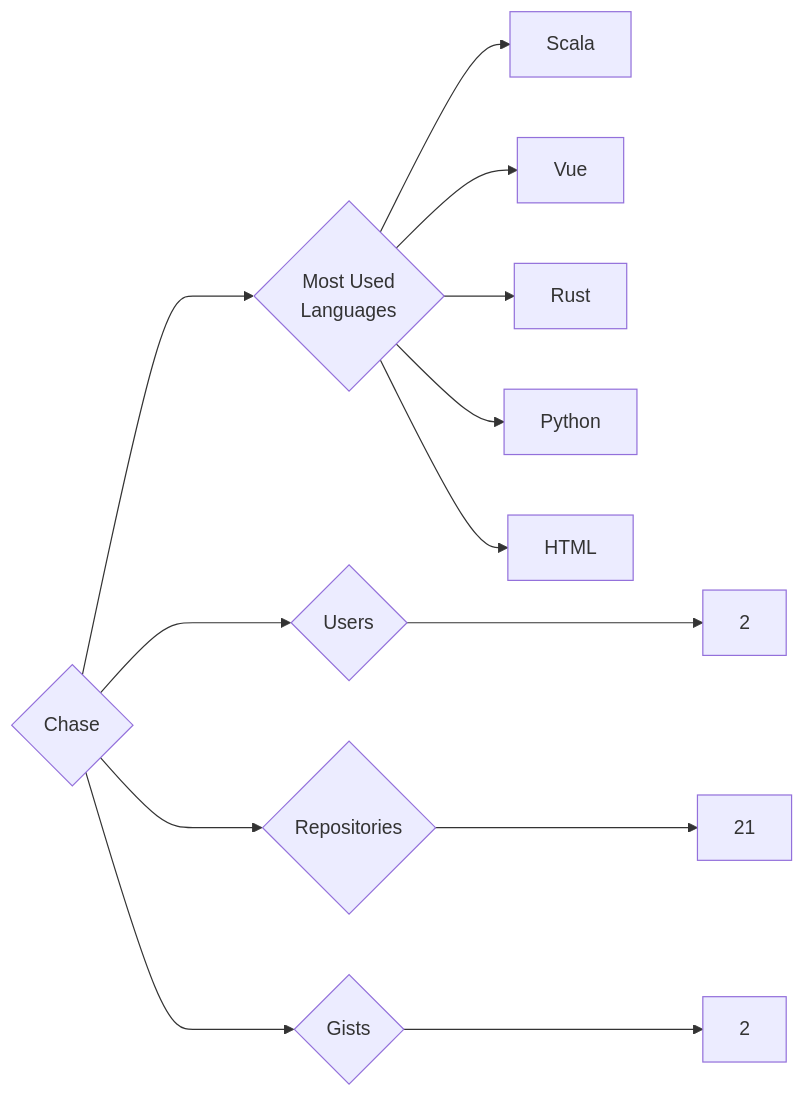
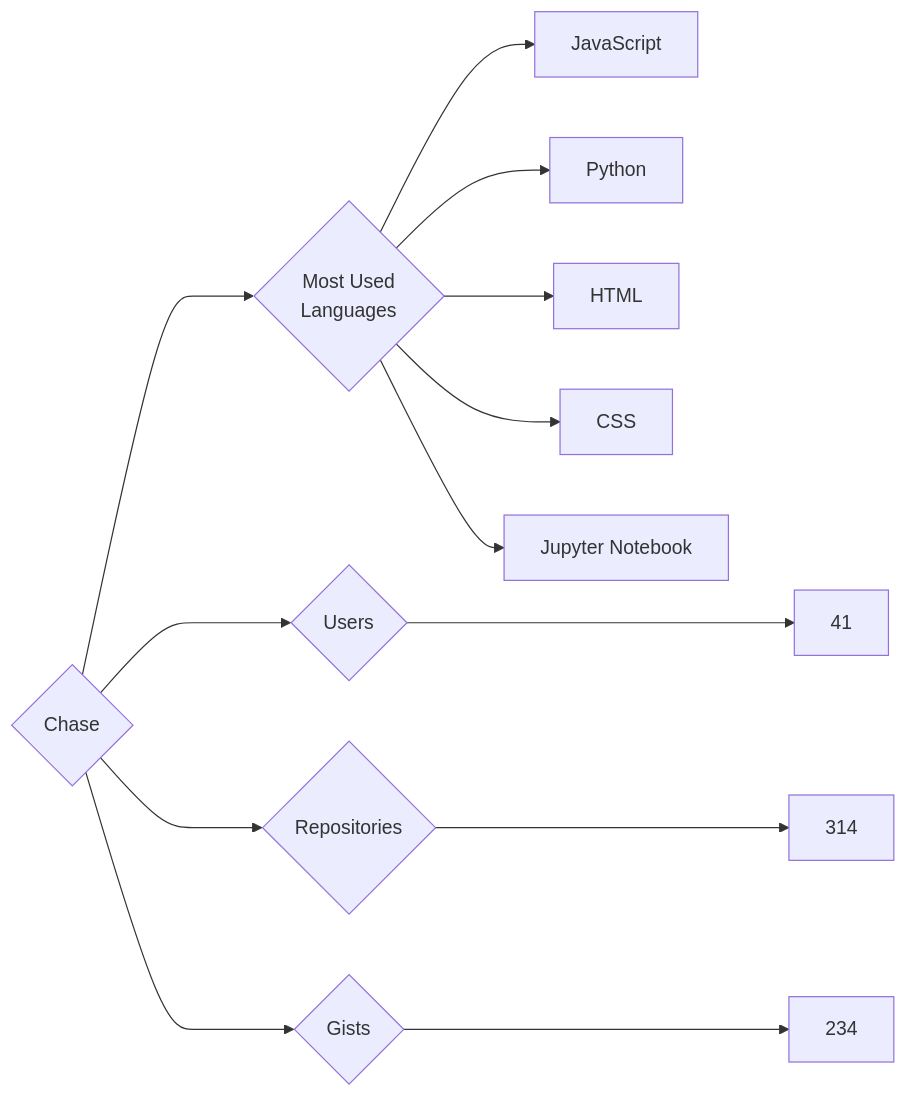
The diagram in targets/Chase/README.md (trickest/insiders), drawn with Mermaid before and after one commit. The commit also changed 953 other files, not shown here.

````diff
--- a/targets/Chase/README.md
+++ b/targets/Chase/README.md
@@ -3,13 +3,13 @@
 ```mermaid
 graph LR
 COMPANY_NAME{Chase}
-COMPANY_NAME ---> U{Users} ---> UN[2]
-COMPANY_NAME ---> R{Repositories} ---> RN[21]
-COMPANY_NAME ---> G{Gists} ---> GN[2]
+COMPANY_NAME ---> U{Users} ---> UN[41]
+COMPANY_NAME ---> R{Repositories} ---> RN[314]
+COMPANY_NAME ---> G{Gists} ---> GN[234]
 COMPANY_NAME ---> ML{Most Used<br>Languages}
-ML --> Scala[Scala]
-ML --> Vue[Vue]
-ML --> Rust[Rust]
+ML --> JavaScript[JavaScript]
 ML --> Python[Python]
 ML --> HTML[HTML]
+ML --> CSS[CSS]
+ML --> Jupyter_Notebook[Jupyter Notebook]
 ```
````
